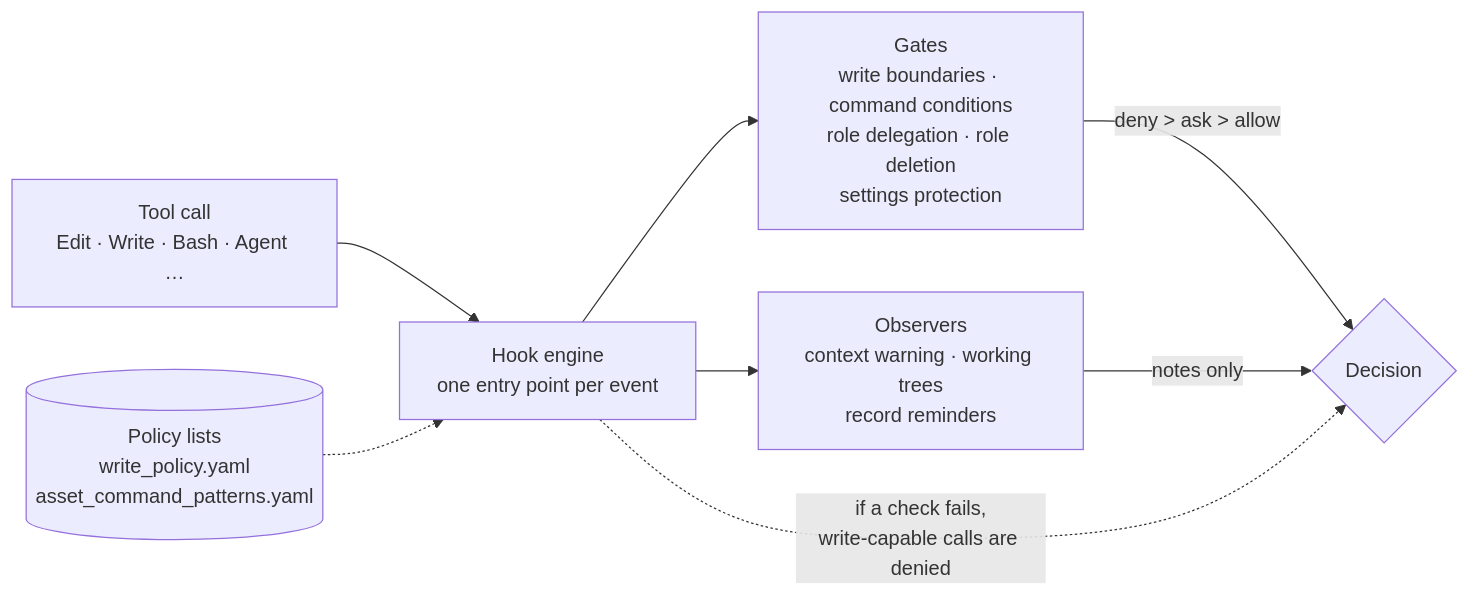
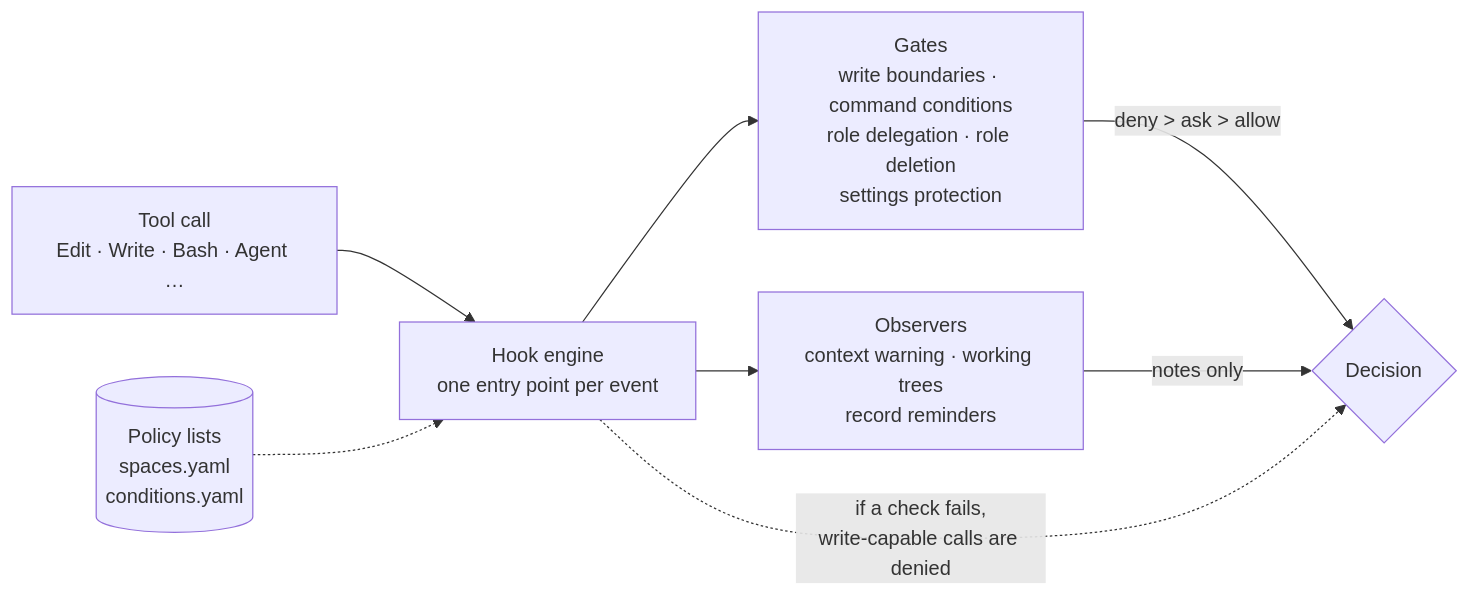
Before and after one commit to Alex2006-KOR/aise-org-site: the second of 2 diagrams in docs/en/story/how-it-is-kept.md, drawn with Mermaid. The commit also changed other lines of this file and 63 other files, not shown here.

Commit message:
P-23 follow-up: aise-core's moved paths and asset policy, EN briefing step 2, rendered EN check, live evidence

````diff
--- a/docs/en/story/how-it-is-kept.md
+++ b/docs/en/story/how-it-is-kept.md
@@ -189,10 +192,10 @@
 ```mermaid
 flowchart LR
   T["Tool call<br/>Edit · Write · Bash · Agent …"] --> E["Hook engine<br/>one entry point per event"]
-  P[("Policy lists<br/>write_policy.yaml<br/>asset_command_patterns.yaml")] -.-> E
+  P[("Policy lists<br/>spaces.yaml<br/>conditions.yaml")] -.-> E
   E --> G["Gates<br/>write boundaries · command conditions<br/>role delegation · role deletion<br/>settings protection"]
   E --> O["Observers<br/>context warning · working trees<br/>record reminders"]
   G -->|"deny > ask > allow"| D{"Decision"}
   O -->|"notes only"| D
   E -.->|"if a check fails,<br/>write-capable calls are denied"| D
 ```
````
